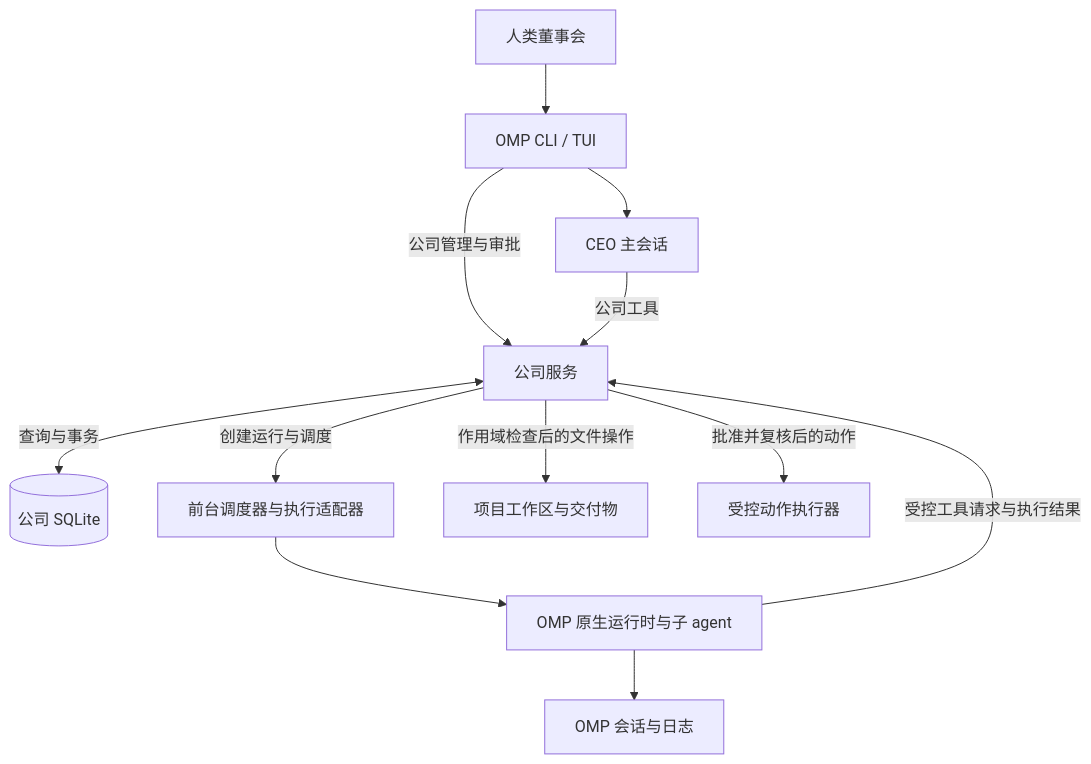
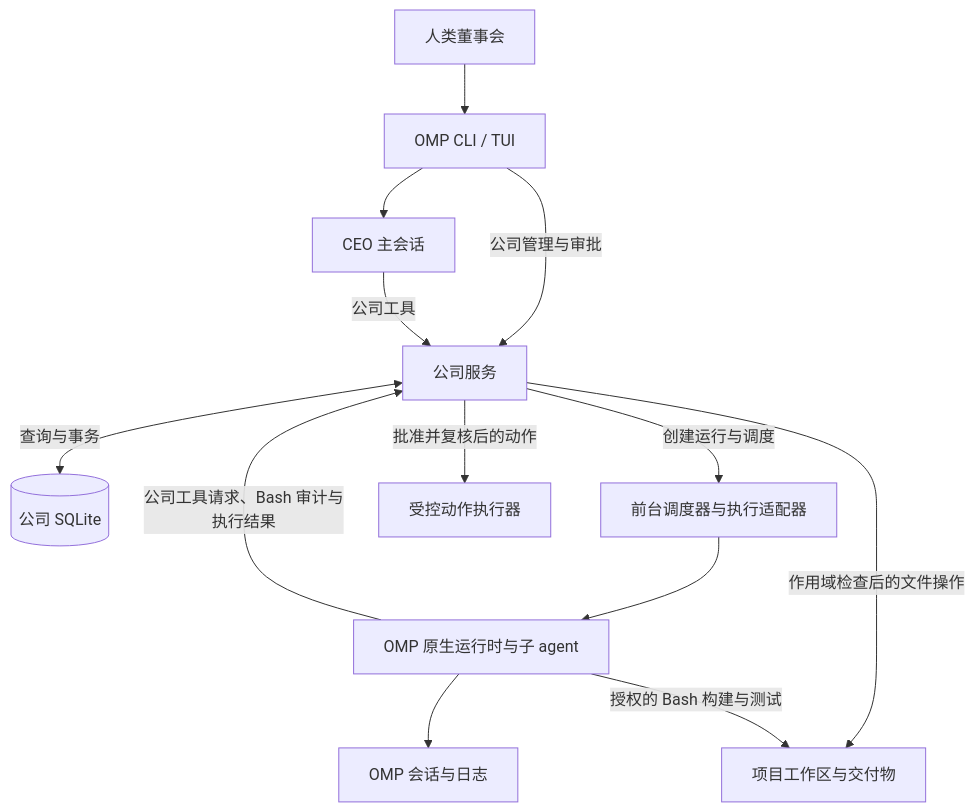
One commit to Jinxuans/oh-my-pi changed the diagram in docs/company-mode/architecture.md. Above: the diagram before and after it, drawn with Mermaid. The commit also changed other lines of this file and 3 other files, not shown here.

Commit message:
docs: require audited Bash for the company mode pilot

````diff
--- a/docs/company-mode/architecture.md
+++ b/docs/company-mode/architecture.md
@@ -15,14 +15,15 @@
 ```mermaid
 flowchart TB
     board["人类董事会"] --> ui["OMP CLI / TUI"]
     ui --> ceo["CEO 主会话"]
     ui -->|公司管理与审批| company["公司服务"]
     ceo -->|公司工具| company
     company <-->|查询与事务| db[("公司 SQLite")]
     company -->|创建运行与调度| dispatch["前台调度器与执行适配器"]
     dispatch --> runtime["OMP 原生运行时与子 agent"]
-    runtime -->|受控工具请求与执行结果| company
+    runtime -->|公司工具请求、Bash 审计与执行结果| company
     runtime --> session["OMP 会话与日志"]
     company -->|作用域检查后的文件操作| workspace["项目工作区与交付物"]
+    runtime -->|授权的 Bash 构建与测试| workspace
     company -->|批准并复核后的动作| actions["受控动作执行器"]
 ```
````
